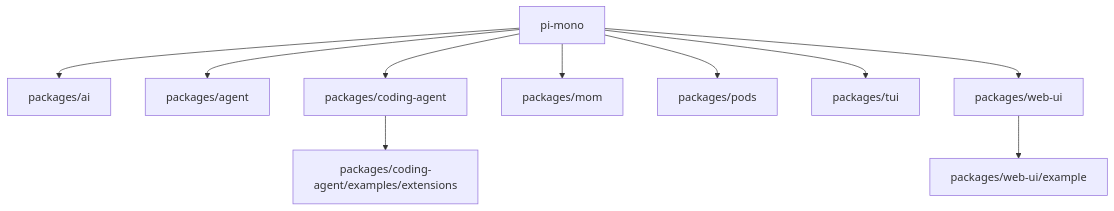
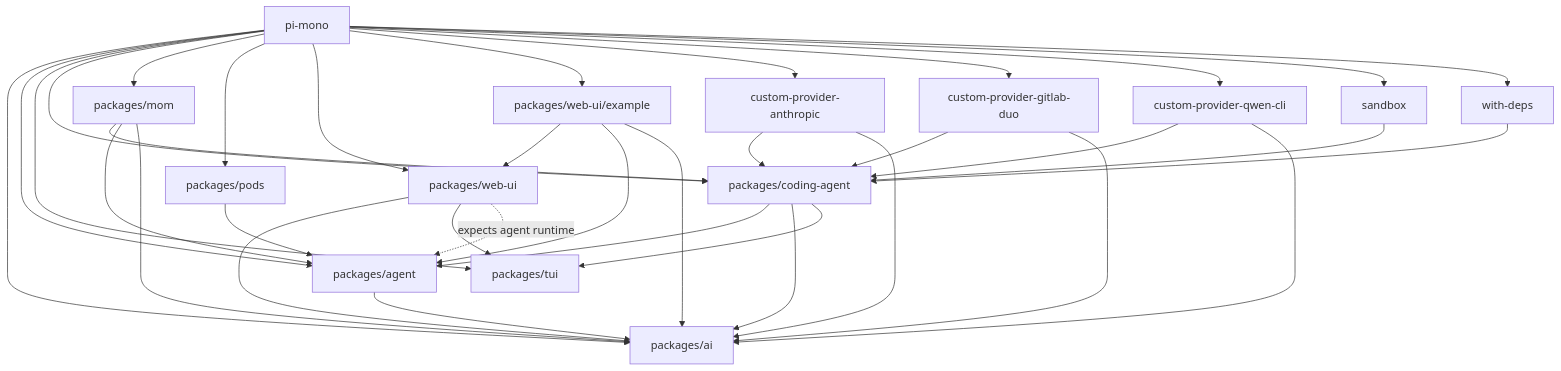
Before and after one commit to HhSen/pi-mono: the first of 2 diagrams in AGENTS.md, drawn with Mermaid. The commit also changed other lines of this file and 21 other files, not shown here.

Commit message:
ext: git-checkpoint subagent

````diff
--- a/AGENTS.md
+++ b/AGENTS.md
@@ -12,13 +10,55 @@
 ```mermaid
 flowchart TD
     Root[pi-mono]
-    Root --> AI[packages/ai]
-    Root --> Agent[packages/agent]
-    Root --> Coding[packages/coding-agent]
-    Root --> Mom[packages/mom]
-    Root --> Pods[packages/pods]
-    Root --> TUI[packages/tui]
-    Root --> WebUI[packages/web-ui]
-    WebUI --> WebExample[packages/web-ui/example]
-    Coding --> ExtExamples[packages/coding-agent/examples/extensions]
+
+    AI[packages/ai]
+    Agent[packages/agent]
+    TUI[packages/tui]
+    Coding[packages/coding-agent]
+    Mom[packages/mom]
+    Pods[packages/pods]
+    WebUI[packages/web-ui]
+    WebExample[packages/web-ui/example]
+    ExtAnthropic[custom-provider-anthropic]
+    ExtGitLab[custom-provider-gitlab-duo]
+    ExtQwen[custom-provider-qwen-cli]
+    ExtSandbox[sandbox]
+    ExtWithDeps[with-deps]
+
+    Root --> AI
+    Root --> Agent
+    Root --> TUI
+    Root --> Coding
+    Root --> Mom
+    Root --> Pods
+    Root --> WebUI
+    Root --> WebExample
+    Root --> ExtAnthropic
+    Root --> ExtGitLab
+    Root --> ExtQwen
+    Root --> ExtSandbox
+    Root --> ExtWithDeps
+
+    Agent --> AI
+    Coding --> Agent
+    Coding --> AI
+    Coding --> TUI
+    Mom --> Coding
+    Mom --> Agent
+    Mom --> AI
+    Pods --> Agent
+    WebUI --> AI
+    WebUI --> TUI
+    WebUI -. expects agent runtime .-> Agent
+    WebExample --> WebUI
+    WebExample --> Agent
+    WebExample --> AI
+    ExtAnthropic --> Coding
+    ExtAnthropic --> AI
+    ExtGitLab --> Coding
+    ExtGitLab --> AI
+    ExtQwen --> Coding
+    ExtQwen --> AI
+    ExtSandbox --> Coding
+    ExtWithDeps --> Coding
 ```
````
